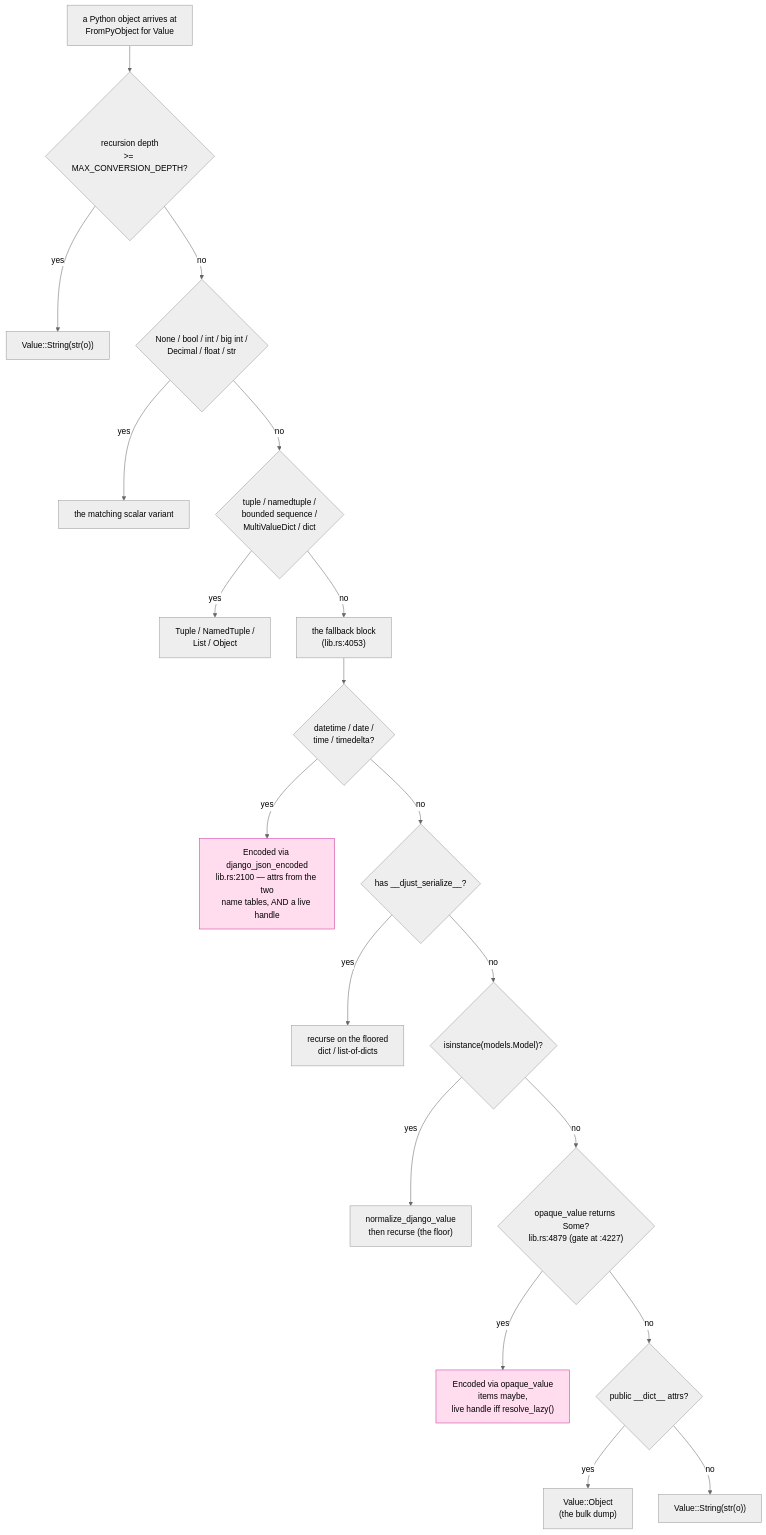
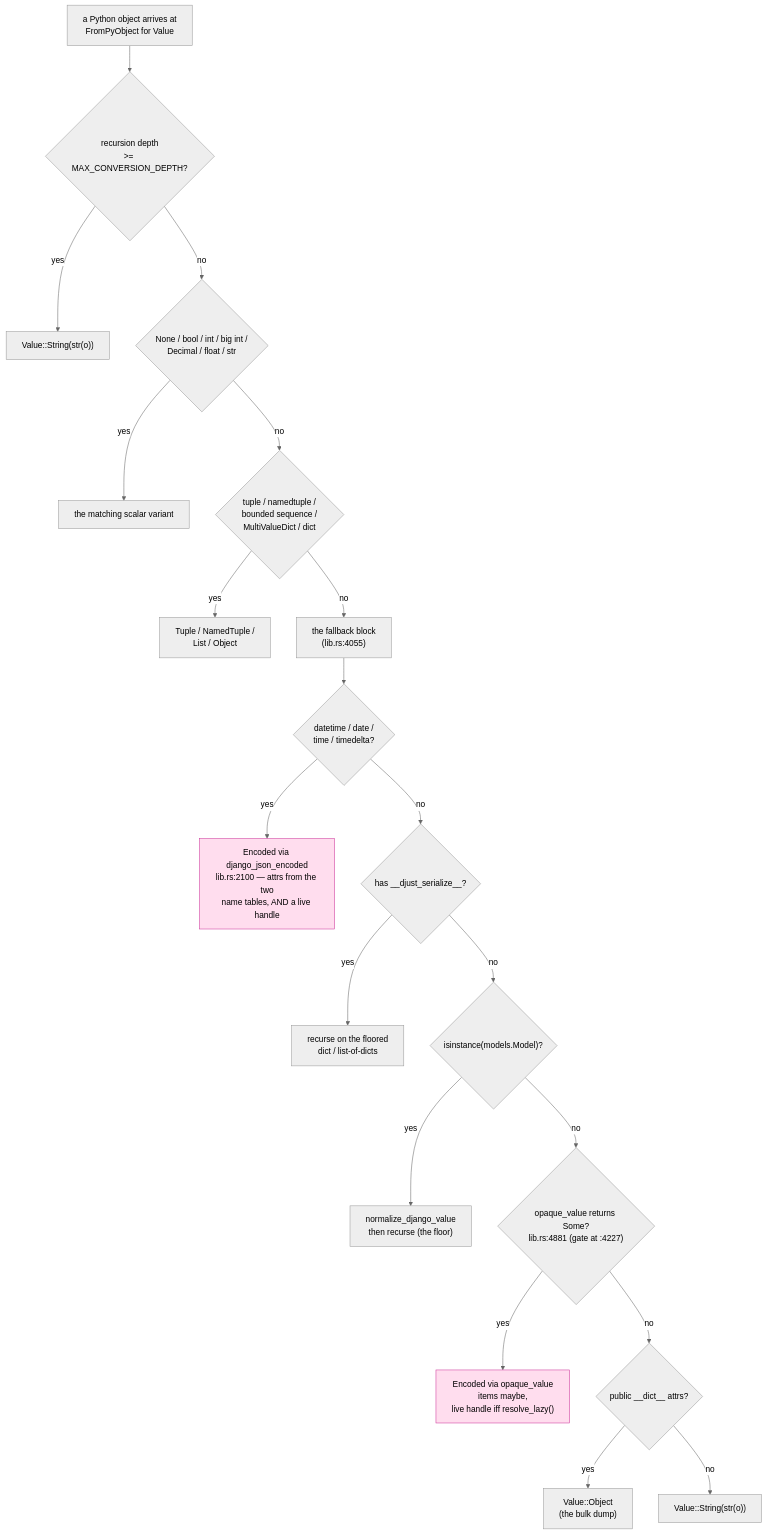
One commit to djust-org/djust changed the second of 4 diagrams in docs/architecture/VALUE_BOUNDARY.md. Above: the diagram before and after it, drawn with Mermaid (neutral theme). The commit also changed other lines of this file and 1 other file, not shown here.

````diff
--- a/docs/architecture/VALUE_BOUNDARY.md
+++ b/docs/architecture/VALUE_BOUNDARY.md
@@ -62,25 +65,25 @@
 ```mermaid
 flowchart TD
     S["a Python object arrives at<br/>FromPyObject for Value"] --> D0{"recursion depth<br/>>= MAX_CONVERSION_DEPTH?"}
     D0 -->|yes| STR["Value::String(str(o))"]
     D0 -->|no| D1{"None / bool / int / big int /<br/>Decimal / float / str"}
     D1 -->|yes| PRIM["the matching scalar variant"]
     D1 -->|no| D2{"tuple / namedtuple /<br/>bounded sequence /<br/>MultiValueDict / dict"}
     D2 -->|yes| CONT["Tuple / NamedTuple /<br/>List / Object"]
-    D2 -->|no| FB["the fallback block<br/>(lib.rs:4053)"]
+    D2 -->|no| FB["the fallback block<br/>(lib.rs:4055)"]
 
     FB --> F1{"datetime / date /<br/>time / timedelta?"}
     F1 -->|yes| ENC1["Encoded via django_json_encoded<br/>lib.rs:2100 — attrs from the two<br/>name tables, AND a live handle"]
     F1 -->|no| F2{"has __djust_serialize__?"}
     F2 -->|yes| SER["recurse on the floored<br/>dict / list-of-dicts"]
     F2 -->|no| F3{"isinstance(models.Model)?"}
     F3 -->|yes| MOD["normalize_django_value<br/>then recurse (the floor)"]
-    F3 -->|no| F4{"opaque_value returns Some?<br/>lib.rs:4879 (gate at :4227)"}
+    F3 -->|no| F4{"opaque_value returns Some?<br/>lib.rs:4881 (gate at :4227)"}
     F4 -->|yes| ENC2["Encoded via opaque_value<br/>items maybe,<br/>live handle iff resolve_lazy()"]
     F4 -->|no| F5{"public __dict__ attrs?"}
     F5 -->|yes| OBJ["Value::Object<br/>(the bulk dump)"]
     F5 -->|no| STR2["Value::String(str(o))"]
 
     style ENC1 fill:#fde,stroke:#c39
     style ENC2 fill:#fde,stroke:#c39
 ```
````
